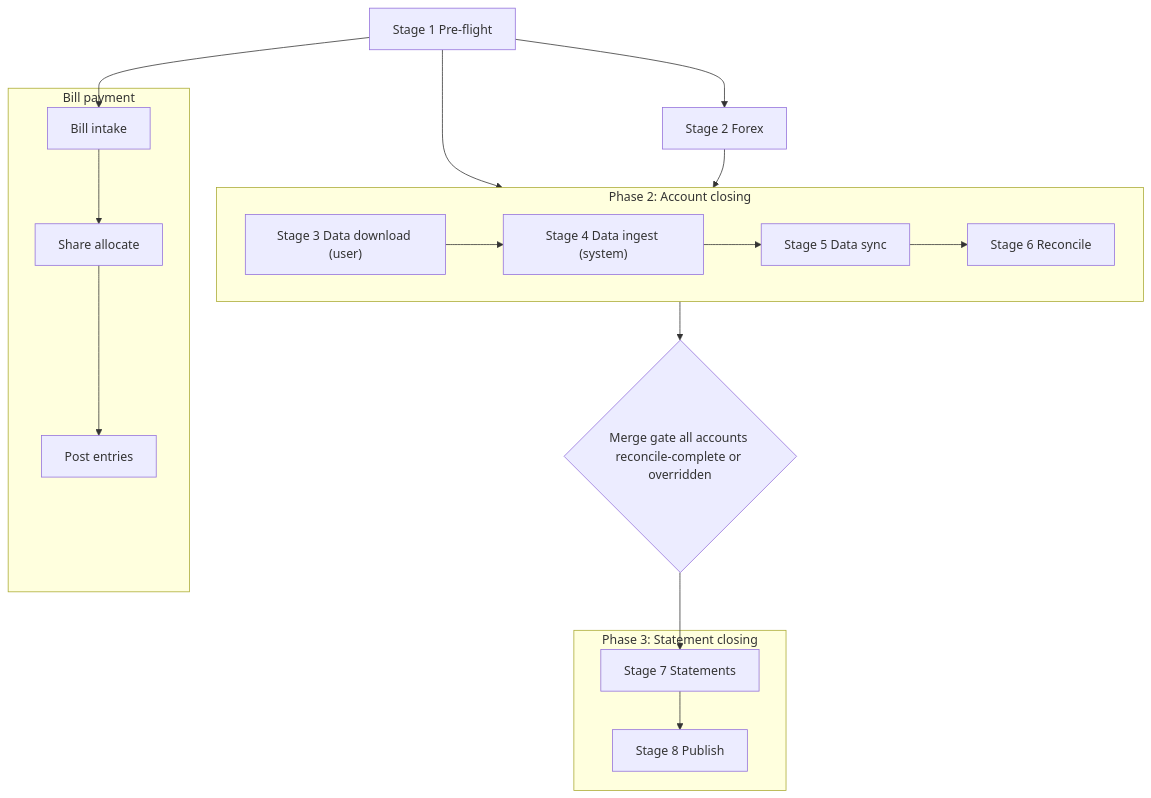
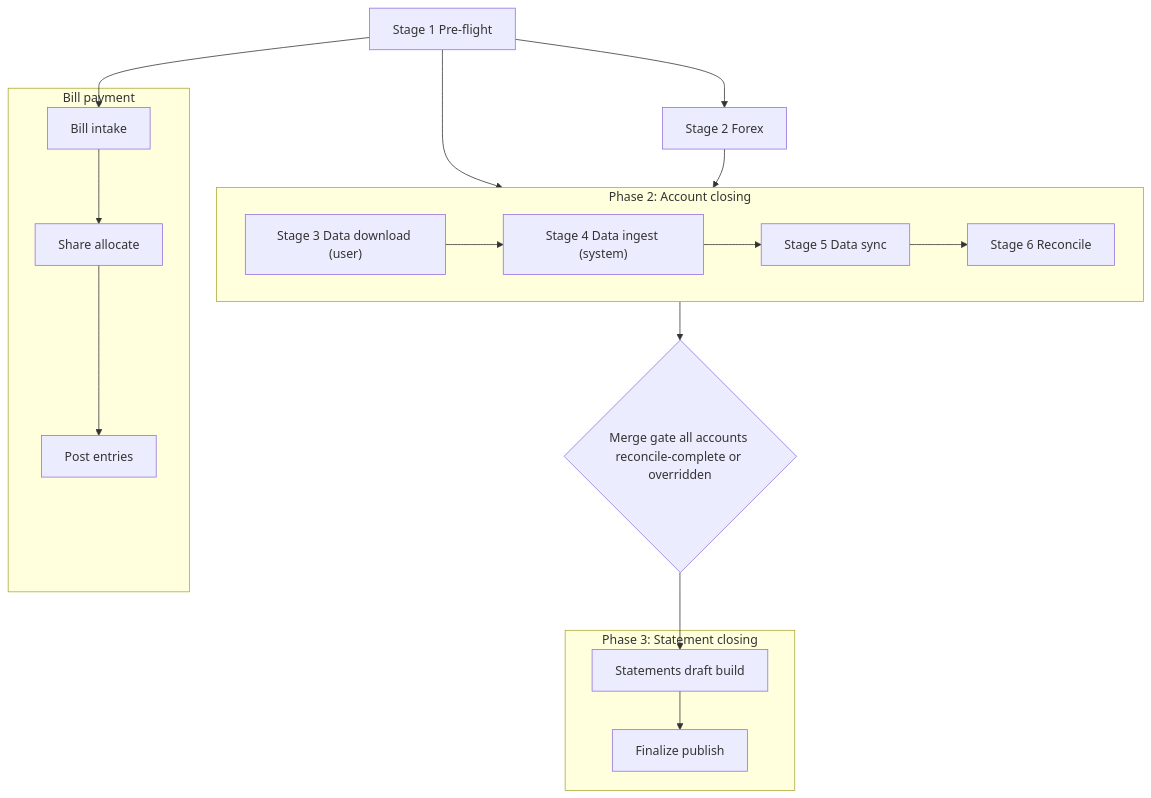
The first of 3 diagrams in docs/releases/010/design/workflows.md (yayfalafels/financial-statements), drawn with Mermaid before and after one commit. The commit also changed other lines of this file and 23 other files, not shown here.

````diff
--- a/docs/releases/010/design/workflows.md
+++ b/docs/releases/010/design/workflows.md
@@ -113,34 +113,34 @@
 ```mermaid
 flowchart TD
     PF["Stage 1 Pre-flight"]
     FX["Stage 2 Forex"]
     PF --> FX
 
     subgraph PHASE2["Phase 2: Account closing"]
         direction LR
         DD["Stage 3 Data download (user)"]
         DI["Stage 4 Data ingest (system)"]
         DS["Stage 5 Data sync"]
         RC["Stage 6 Reconcile"]
         DD --> DI --> DS --> RC
     end
 
     PF --> DD
     FX --> DS
 
     RC --> MG{"Merge gate all accounts reconcile-complete or overridden"}
 
     subgraph PHASE3["Phase 3: Statement closing"]
-        ST["Stage 7 Statements"]
-        PB["Stage 8 Publish"]
+        ST["Statements draft build"]
+        PB["Finalize publish"]
         ST --> PB
     end
 
     MG --> ST
 
     subgraph BP["Bill payment"]
         BI[Bill intake] --> SA[Share allocate] --> PE[Post entries]
     end
 
     PF --> BI
 ```
````
